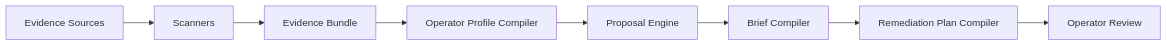
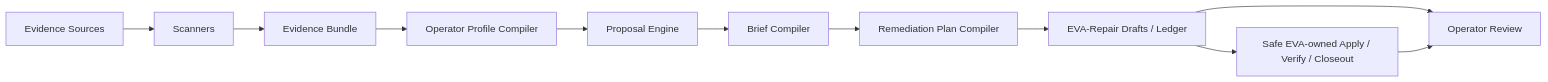
Before and after one commit to stefan-mcf/eva: the first of 2 diagrams in docs/architecture.md, drawn with Mermaid. The commit also changed other lines of this file and 39 other files, not shown here.

Commit message:
feat: add EVA repair and MCP integration

````diff
--- a/docs/architecture.md
+++ b/docs/architecture.md
@@ -45,10 +48,13 @@
 ```mermaid
 graph LR
   A[Evidence Sources] --> B[Scanners]
   B --> C[Evidence Bundle]
   C --> D[Operator Profile Compiler]
   D --> E[Proposal Engine]
   E --> F[Brief Compiler]
   F --> H[Remediation Plan Compiler]
-  H --> G[Operator Review]
+  H --> I[EVA-Repair Drafts / Ledger]
+  I --> J[Safe EVA-owned Apply / Verify / Closeout]
+  I --> G[Operator Review]
+  J --> G
 ```
````
